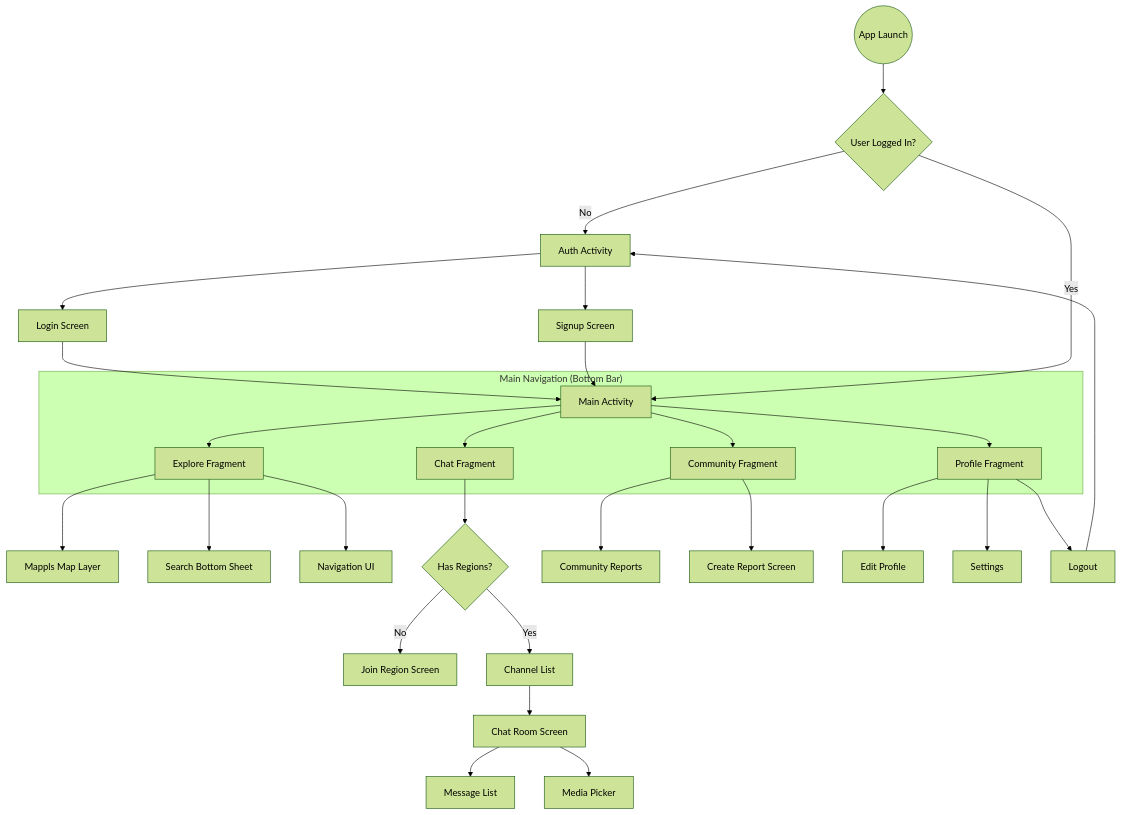
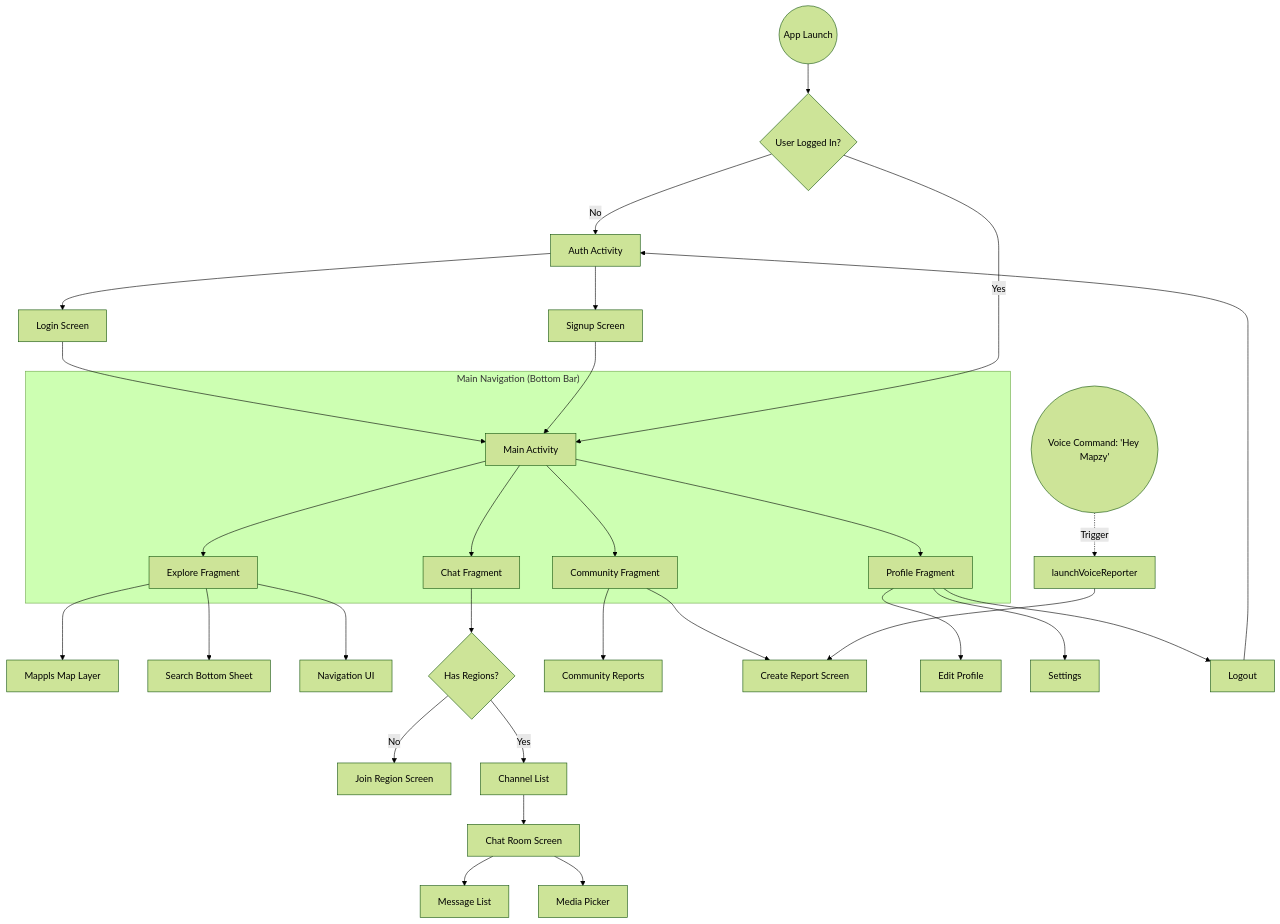
The diagram in documentation/overview_flowchart.md (roshan-melvin/Mapzy), drawn with Mermaid (forest theme) before and after one commit. The commit also changed 8 other files, not shown here.

````diff
--- a/documentation/overview_flowchart.md
+++ b/documentation/overview_flowchart.md
@@ -5,44 +5,48 @@
 ```mermaid
 graph TD
     Start((App Launch)) --> AuthCheck{User Logged In?}
     
     %% Authentication Flow
     AuthCheck -- No --> AuthScreen[Auth Activity]
     AuthScreen --> Login[Login Screen]
     AuthScreen --> Signup[Signup Screen]
     Login --> MainApp
     Signup --> MainApp
     
     %% Main Application Flow
     AuthCheck -- Yes --> MainApp[Main Activity]
     
     subgraph "Main Navigation (Bottom Bar)"
         MainApp --> ExploreTab[Explore Fragment]
         MainApp --> ChatTab[Chat Fragment]
         MainApp --> CommunityTab[Community Fragment]
         MainApp --> ProfileTab[Profile Fragment]
     end
     
     %% Explore Tab Details
     ExploreTab --> MapView[Mappls Map Layer]
     ExploreTab --> SearchSheet[Search Bottom Sheet]
     ExploreTab --> Navigation[Navigation UI]
     
     %% Chat Tab Details
     ChatTab --> RegionSelect{Has Regions?}
     RegionSelect -- No --> JoinRegion[Join Region Screen]
     RegionSelect -- Yes --> ChannelList[Channel List]
     ChannelList --> ChatRoom[Chat Room Screen]
     ChatRoom --> MsgList[Message List]
     ChatRoom --> MediaPick[Media Picker]
     
     %% Community Tab Details
     CommunityTab --> ReportList[Community Reports]
     CommunityTab --> CreateReport[Create Report Screen]
     
     %% Profile Tab Details
     ProfileTab --> EditProfile[Edit Profile]
     ProfileTab --> Settings[Settings]
     ProfileTab --> Logout[Logout]
     Logout --> AuthScreen
+
+    %% Voice Trigger
+    VoiceTrigger((Voice Command: 'Hey Mapzy')) -.->|Trigger| LaunchVoice[launchVoiceReporter]
+    LaunchVoice --> CreateReport
 ```
````
